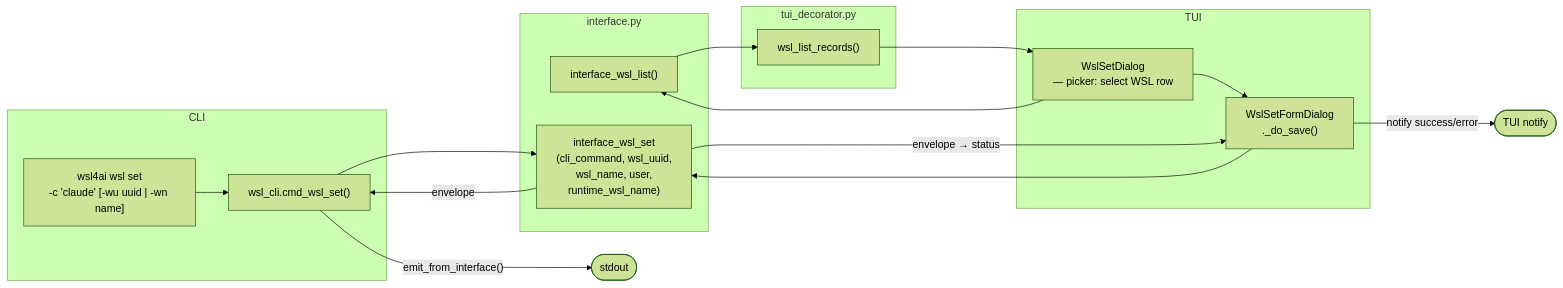
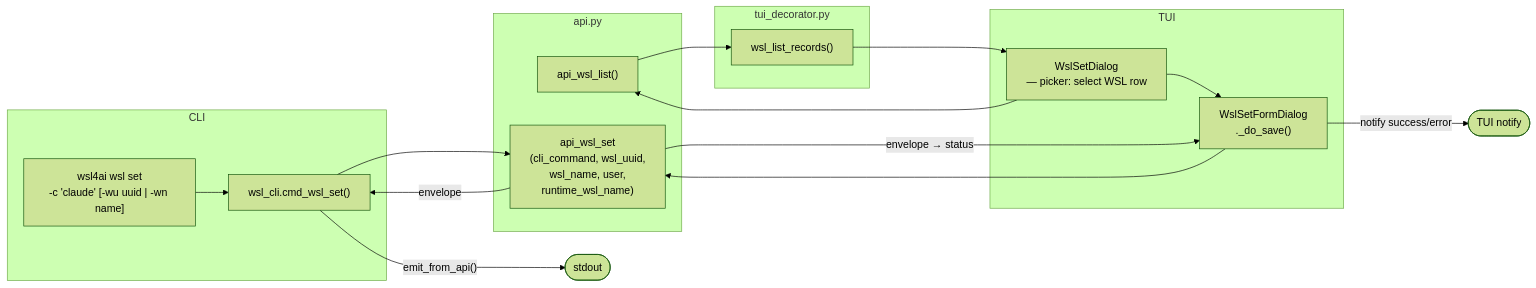
Before and after one commit to rmompo/wsl4ai: the second of 2 diagrams in specs/tool/specs-wsl.md, drawn with Mermaid (forest theme). The commit also changed other lines of this file and 20 other files, not shown here.

First line of the commit message:
v1.6.3: rename interface.py → api.py, interface_* → api_*

````diff
--- a/specs/tool/specs-wsl.md
+++ b/specs/tool/specs-wsl.md
@@ -75,28 +75,28 @@
 ```mermaid
 flowchart LR
     subgraph CLI
         ws["wsl4ai wsl set\n-c 'claude' [-wu uuid | -wn name]"]
         cmd["wsl_cli.cmd_wsl_set()"]
         ws --> cmd
     end
-    subgraph Interface["interface.py"]
-        iface_list["interface_wsl_list()"]
-        iface_set["interface_wsl_set\n(cli_command, wsl_uuid,\nwsl_name, user,\nruntime_wsl_name)"]
+    subgraph Interface["api.py"]
+        iface_list["api_wsl_list()"]
+        iface_set["api_wsl_set\n(cli_command, wsl_uuid,\nwsl_name, user,\nruntime_wsl_name)"]
     end
     subgraph TUI
         wsl_sel["WslSetDialog\n— picker: select WSL row"]
         wsl_form["WslSetFormDialog\n._do_save()"]
         wsl_sel --> wsl_form
     end
     subgraph TUI_Dec["tui_decorator.py"]
         rec["wsl_list_records()"]
     end
 
     cmd --> iface_set
     wsl_sel --> iface_list --> rec --> wsl_sel
     wsl_form --> iface_set
     iface_set -->|"envelope"| cmd
     iface_set -->|"envelope → status"| wsl_form
-    cmd -->|"emit_from_interface()"| stdout([stdout])
+    cmd -->|"emit_from_api()"| stdout([stdout])
     wsl_form -->|"notify success/error"| ui([TUI notify])
 ```
````
